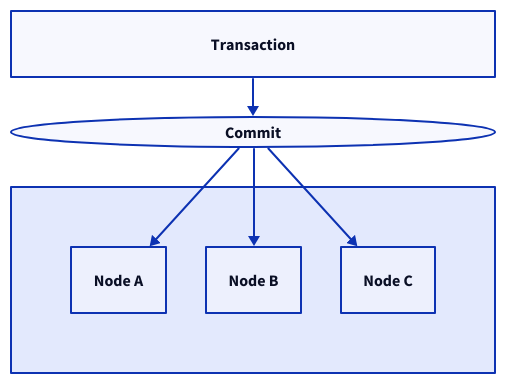
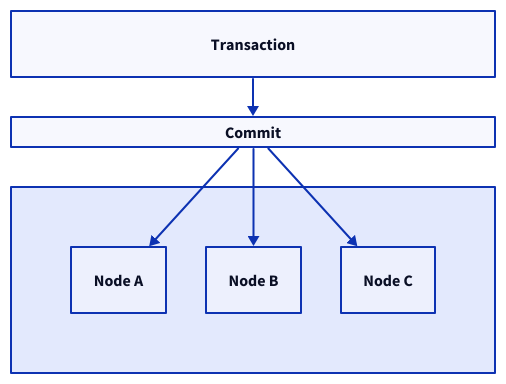
Before and after one commit to link1905/system-design-101: the second of 3 diagrams in content/docs/design-patterns/distributed-transaction/_index.md, drawn with D2. The commit also changed other lines of this file and 11 other files, not shown here.

````diff
--- a/content/docs/design-patterns/distributed-transaction/_index.md
+++ b/content/docs/design-patterns/distributed-transaction/_index.md
@@ -40,27 +53,25 @@
 ```d2
 grid-columns: 1
 p: Transaction {
     class: process
 }
 c: Commit {
-    width: 30
     height: 30
-    shape: circle
 }
 n: "" {
     grid-rows: 1
     n1: Node A {
-        class: db
+        class: server
     }
     n2: Node B {
-        class: db
+        class: server
     }
     n3: Node C {
-        class: db
+        class: server
     }
 }
 p -> c
 c -> n.n1
 c -> n.n2
 c -> n.n3
 ```
````
